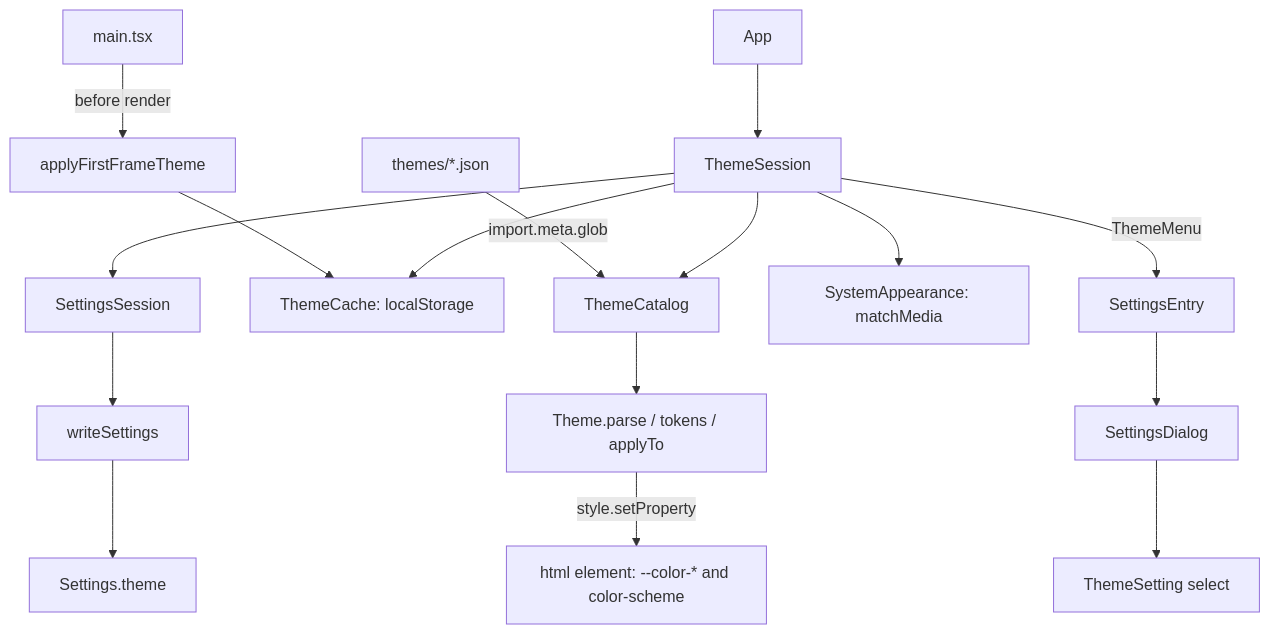
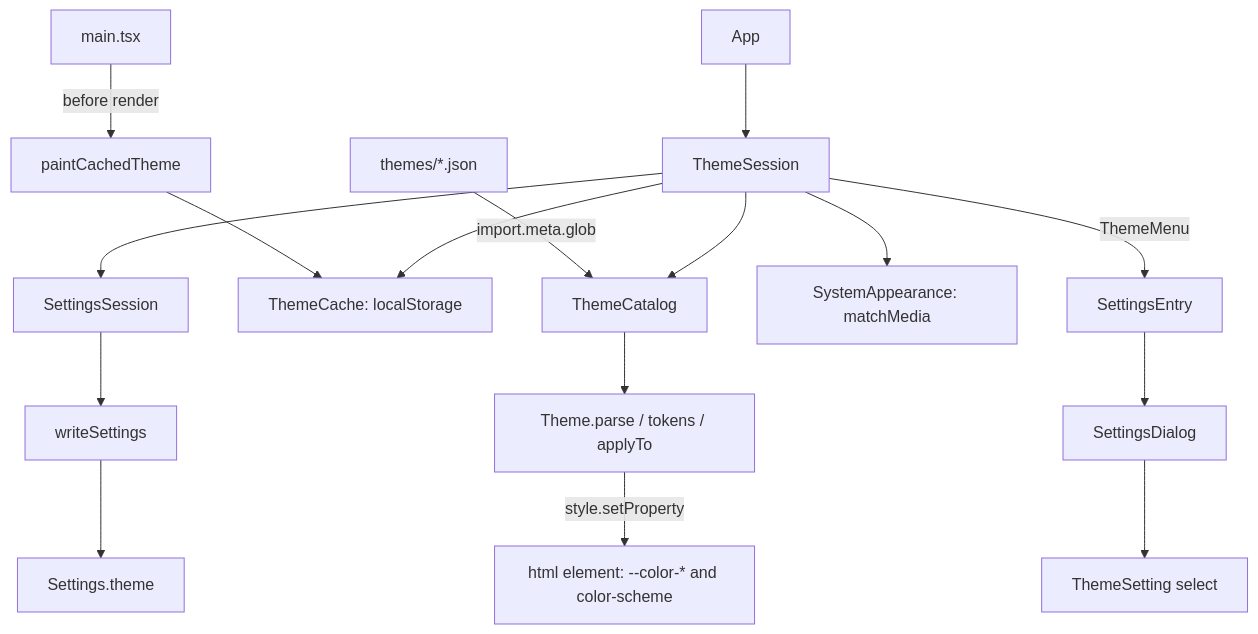
One commit to CodeMachine0121/Rustle changed the diagram in .sdd/2026-08-22-theme-and-panel-transparency/ARCH.md. Above: the diagram before and after it, drawn with Mermaid. The commit also changed other lines of this file, not shown here.

Commit message:
docs: align the theme design with the names in the code

````diff
--- a/.sdd/2026-08-22-theme-and-panel-transparency/ARCH.md
+++ b/.sdd/2026-08-22-theme-and-panel-transparency/ARCH.md
@@ -69,13 +69,13 @@
 ```mermaid
 flowchart TD
     Files[themes/*.json] -- import.meta.glob --> Catalog[ThemeCatalog]
     Catalog --> Theme[Theme.parse / tokens / applyTo]
-    Main[main.tsx] -- before render --> First[applyFirstFrameTheme] --> Cache[ThemeCache: localStorage]
+    Main[main.tsx] -- before render --> First[paintCachedTheme] --> Cache[ThemeCache: localStorage]
     App --> Session[ThemeSession]
     Session --> Settings[SettingsSession] --> Channel[writeSettings] --> Rust[Settings.theme]
     Session --> Cache
     Session --> System[SystemAppearance: matchMedia]
     Session --> Catalog
     Theme -- style.setProperty --> Root["html element: --color-* and color-scheme"]
     Session -- ThemeMenu --> Entry[SettingsEntry] --> Dialog[SettingsDialog] --> Setting[ThemeSetting select]
 ```
````
